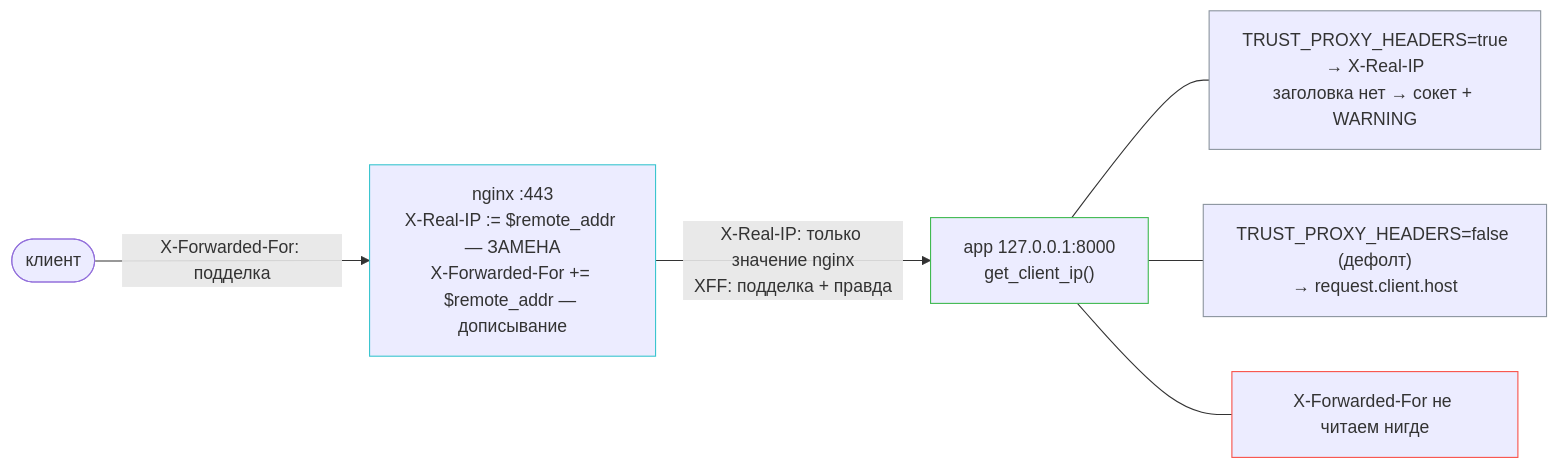
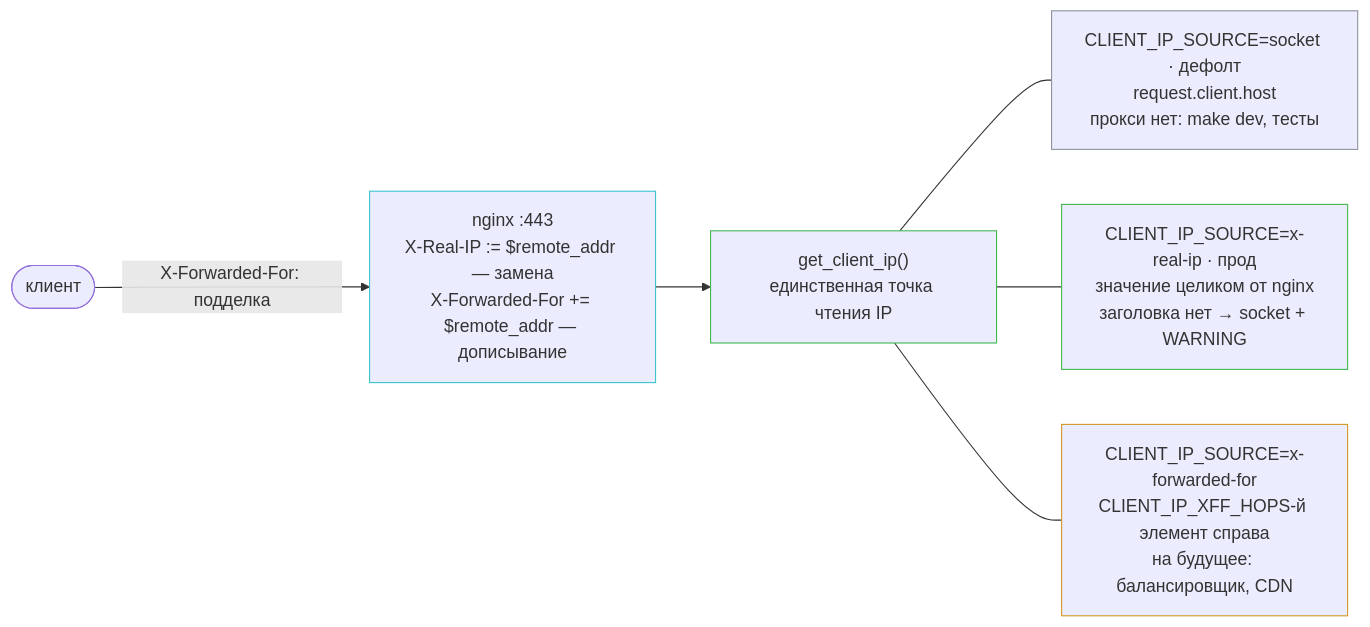
Before and after one commit to Bbar0n234/learnflow-ai: the third of 4 diagrams in doc/tasks/iterations/dogfooding/chore-001-prod-closing/design-brief.md, drawn with Mermaid. The commit also changed other lines of this file, not shown here.

Commit message:
docs(tasks): chore-001 — CLIENT_IP_SOURCE вместо булева TRUST_PROXY_HEADERS

````diff
--- a/doc/tasks/iterations/dogfooding/chore-001-prod-closing/design-brief.md
+++ b/doc/tasks/iterations/dogfooding/chore-001-prod-closing/design-brief.md
@@ -155,19 +157,19 @@
 ```mermaid
 flowchart LR
     CL(["клиент"])
-    NG["nginx :443<br/>X-Real-IP := $remote_addr — ЗАМЕНА<br/>X-Forwarded-For += $remote_addr — дописывание"]
-    APP["app 127.0.0.1:8000<br/>get_client_ip()"]
+    NG["nginx :443<br/>X-Real-IP := $remote_addr — замена<br/>X-Forwarded-For += $remote_addr — дописывание"]
+    HLP["get_client_ip()<br/>единственная точка чтения IP"]
 
     CL -->|"X-Forwarded-For: подделка"| NG
-    NG -->|"X-Real-IP: только значение nginx<br/>XFF: подделка + правда"| APP
+    NG --> HLP
 
-    APP --- D1["TRUST_PROXY_HEADERS=true<br/>→ X-Real-IP<br/>заголовка нет → сокет + WARNING"]
-    APP --- D2["TRUST_PROXY_HEADERS=false (дефолт)<br/>→ request.client.host"]
-    APP --- D3["X-Forwarded-For не читаем нигде"]
+    HLP --- M1["CLIENT_IP_SOURCE=socket · дефолт<br/>request.client.host<br/>прокси нет: make dev, тесты"]
+    HLP --- M2["CLIENT_IP_SOURCE=x-real-ip · прод<br/>значение целиком от nginx<br/>заголовка нет → socket + WARNING"]
+    HLP --- M3["CLIENT_IP_SOURCE=x-forwarded-for<br/>CLIENT_IP_XFF_HOPS-й элемент справа<br/>на будущее: балансировщик, CDN"]
 
     style NG stroke:#39c5cf
-    style APP stroke:#3fb950
-    style D1 stroke:#8b949e
-    style D2 stroke:#8b949e
-    style D3 stroke:#f85149
+    style HLP stroke:#3fb950
+    style M1 stroke:#8b949e
+    style M2 stroke:#3fb950
+    style M3 stroke:#d29922
 ```
````
